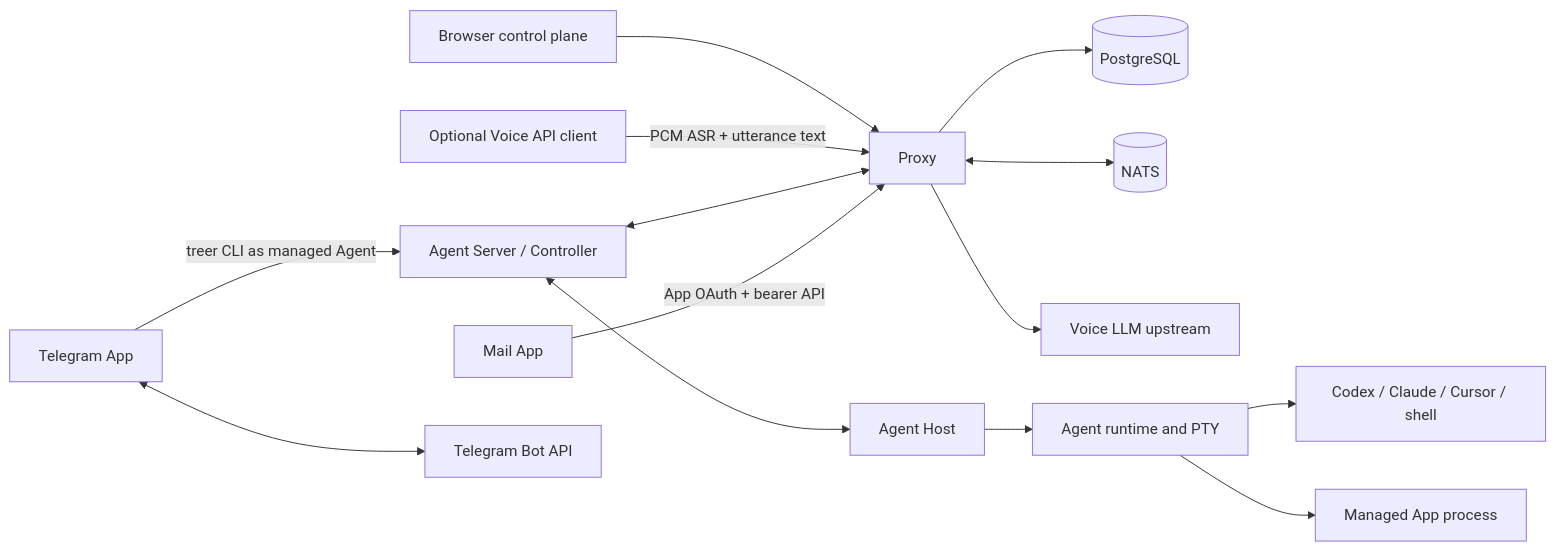
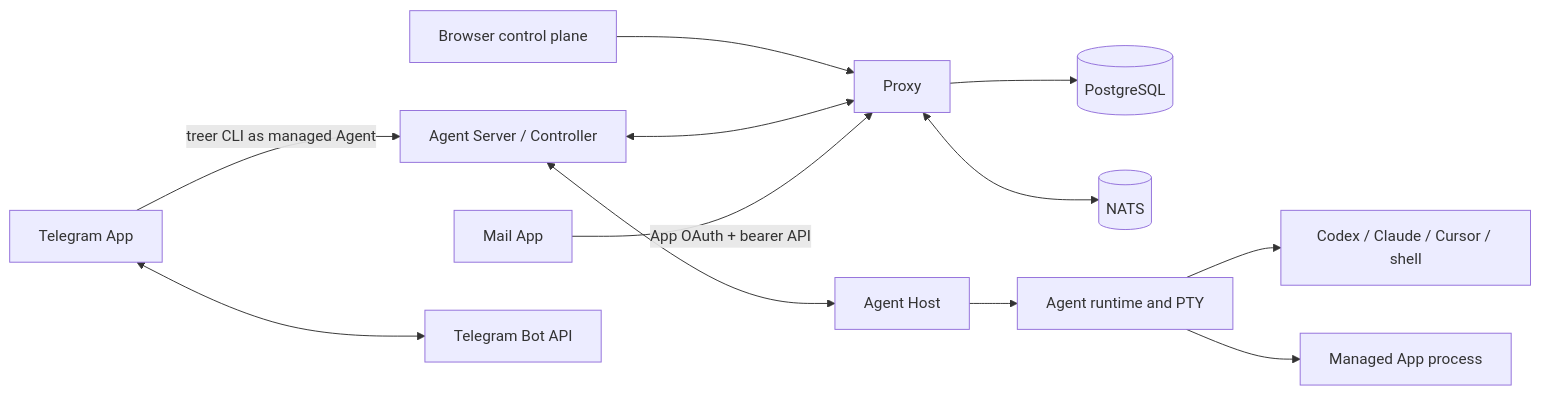
Before and after one commit to EvoEvolver/treer: the diagram in docs/architecture.md, drawn with Mermaid. The commit also changed other lines of this file and 9 other files, not shown here.

````diff
--- a/docs/architecture.md
+++ b/docs/architecture.md
@@ -5,16 +5,14 @@
 ```mermaid
 flowchart LR
     Web[Browser control plane] --> Proxy[Proxy]
-    VoiceClient[Optional Voice API client] -->|PCM ASR + utterance text| Proxy
     Proxy --> DB[(PostgreSQL)]
     Proxy <--> NATS[(NATS)]
-    Proxy --> VoiceLLM[Voice LLM upstream]
     Controller[Agent Server / Controller] <--> Proxy
     Controller <--> Host[Agent Host]
     Host --> Runtime[Agent runtime and PTY]
     Runtime --> Agent[Codex / Claude / Cursor / shell]
     Runtime --> ManagedApp[Managed App process]
     Mail[Mail App] -->|App OAuth + bearer API| Proxy
     Telegram[Telegram App] -->|treer CLI as managed Agent| Controller
     Telegram <--> TG[Telegram Bot API]
 ```
````
